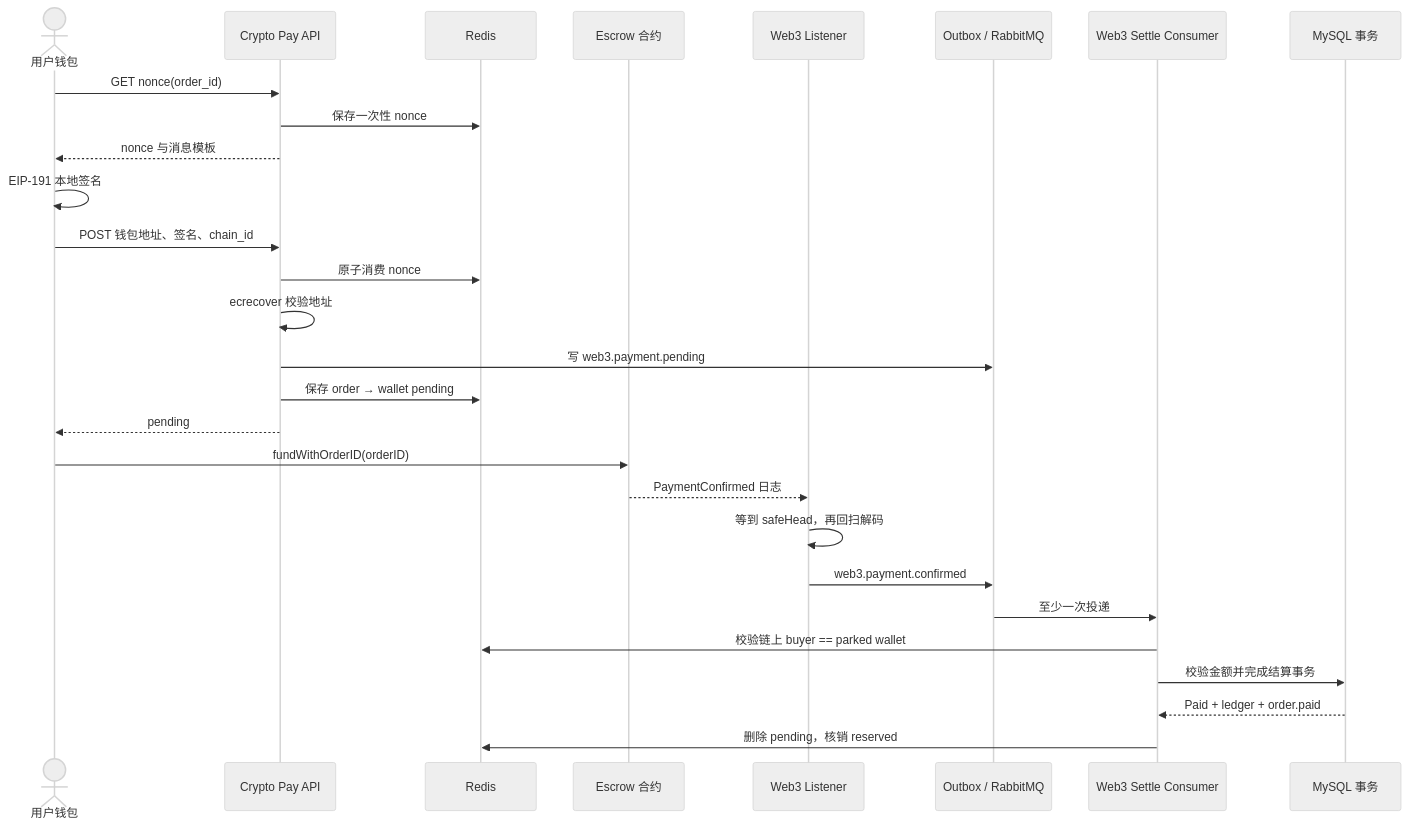
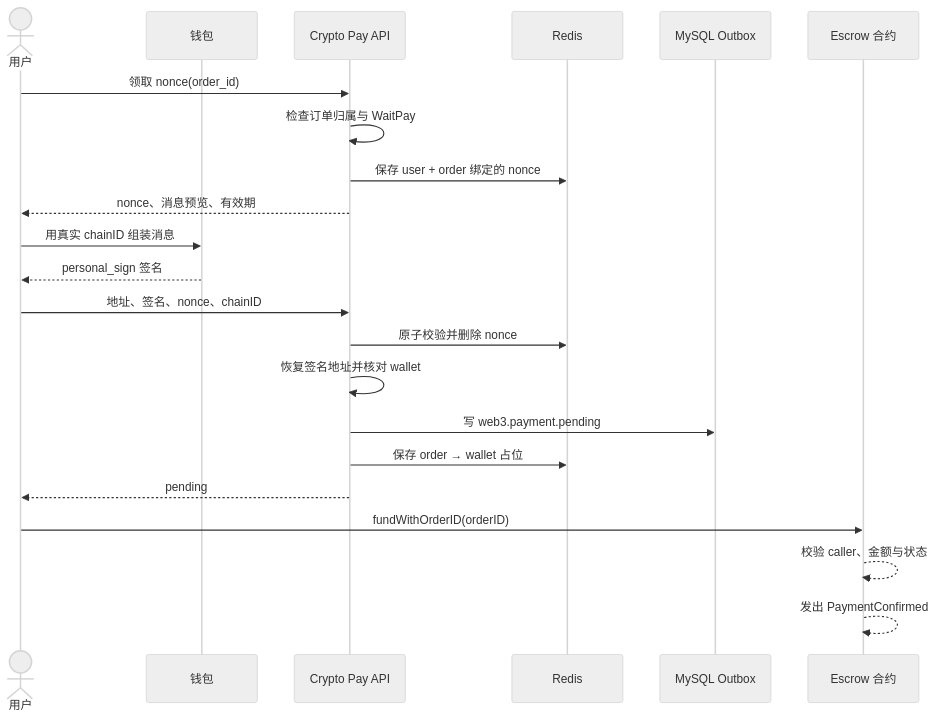
The diagram in docs/lecture/06-payment-web3.md (RedInn7/gomall), drawn with Mermaid (neutral theme) before and after one commit. The commit also changed other lines of this file and 1 other file, not shown here.

Commit message:
docs(lecture): 拆分 Web3 授权与链上结算

````diff
--- a/docs/lecture/06-payment-web3.md
+++ b/docs/lecture/06-payment-web3.md
@@ -102,31 +46,25 @@
 ```mermaid
 sequenceDiagram
-    actor User as 用户钱包
+    actor User as 用户
+    participant Wallet as 钱包
     participant API as Crypto Pay API
     participant Redis as Redis
+    participant Outbox as MySQL Outbox
     participant Chain as Escrow 合约
-    participant Listener as Web3 Listener
-    participant Outbox as Outbox / RabbitMQ
-    participant Settle as Web3 Settle Consumer
-    participant DB as MySQL 事务
 
-    User->>API: GET nonce(order_id)
-    API->>Redis: 保存一次性 nonce
-    API-->>User: nonce 与消息模板
-    User->>User: EIP-191 本地签名
-    User->>API: POST 钱包地址、签名、chain_id
-    API->>Redis: 原子消费 nonce
-    API->>API: ecrecover 校验地址
+    User->>API: 领取 nonce(order_id)
+    API->>API: 检查订单归属与 WaitPay
+    API->>Redis: 保存 user + order 绑定的 nonce
+    API-->>User: nonce、消息预览、有效期
+    User->>Wallet: 用真实 chainID 组装消息
+    Wallet-->>User: personal_sign 签名
+    User->>API: 地址、签名、nonce、chainID
+    API->>Redis: 原子校验并删除 nonce
+    API->>API: 恢复签名地址并核对 wallet
     API->>Outbox: 写 web3.payment.pending
-    API->>Redis: 保存 order → wallet pending
+    API->>Redis: 保存 order → wallet 占位
     API-->>User: pending
     User->>Chain: fundWithOrderID(orderID)
-    Chain-->>Listener: PaymentConfirmed 日志
-    Listener->>Listener: 等到 safeHead，再回扫解码
-    Listener->>Outbox: web3.payment.confirmed
-    Outbox->>Settle: 至少一次投递
-    Settle->>Redis: 校验链上 buyer == parked wallet
-    Settle->>DB: 校验金额并完成结算事务
-    DB-->>Settle: Paid + ledger + order.paid
-    Settle->>Redis: 删除 pending，核销 reserved
+    Chain-->>Chain: 校验 caller、金额与状态
+    Chain-->>Chain: 发出 PaymentConfirmed
 ```
````
